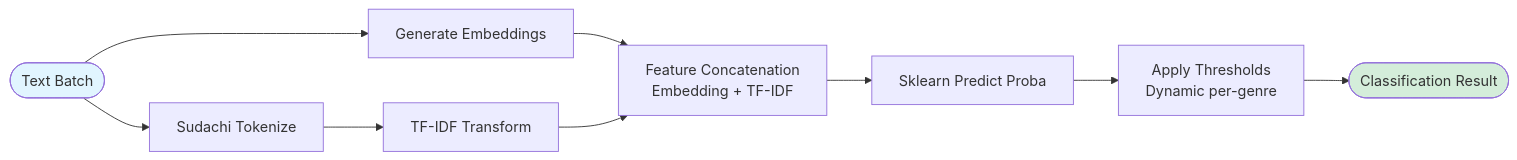
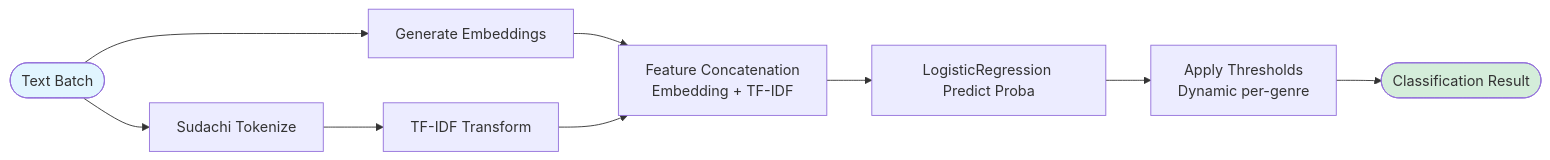
One commit to Kaikei-e/Alt changed the second of 2 diagrams in docs/recap-subworker.md. Above: the diagram before and after it, drawn with Mermaid. The commit also changed other lines of this file, not shown here.

````diff
--- a/docs/recap-subworker.md
+++ b/docs/recap-subworker.md
@@ -84,19 +93,19 @@
 ```mermaid
 flowchart LR
     Input([Text Batch]) --> Embed["Generate Embeddings"]
     Input --> Tokenize["Sudachi Tokenize"]
 
     Tokenize --> TfIdf["TF-IDF Transform"]
 
     Embed --> Concat["Feature Concatenation<br/>Embedding + TF-IDF"]
     TfIdf --> Concat
 
-    Concat --> Predict["Sklearn Predict Proba"]
+    Concat --> Predict["LogisticRegression Predict Proba"]
 
     Predict --> Thresholds["Apply Thresholds<br/>Dynamic per-genre"]
 
     Thresholds --> Result([Classification Result])
 
     style Input fill:#e1f5ff
     style Result fill:#d4edda
 ```
````
